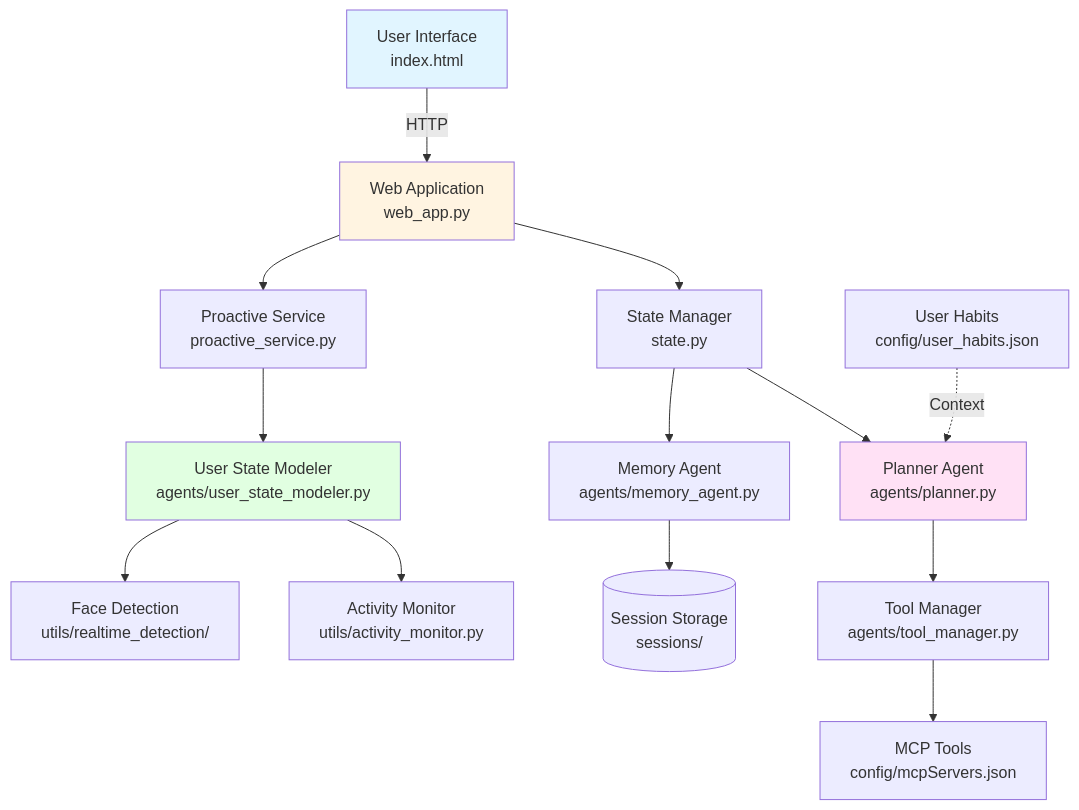
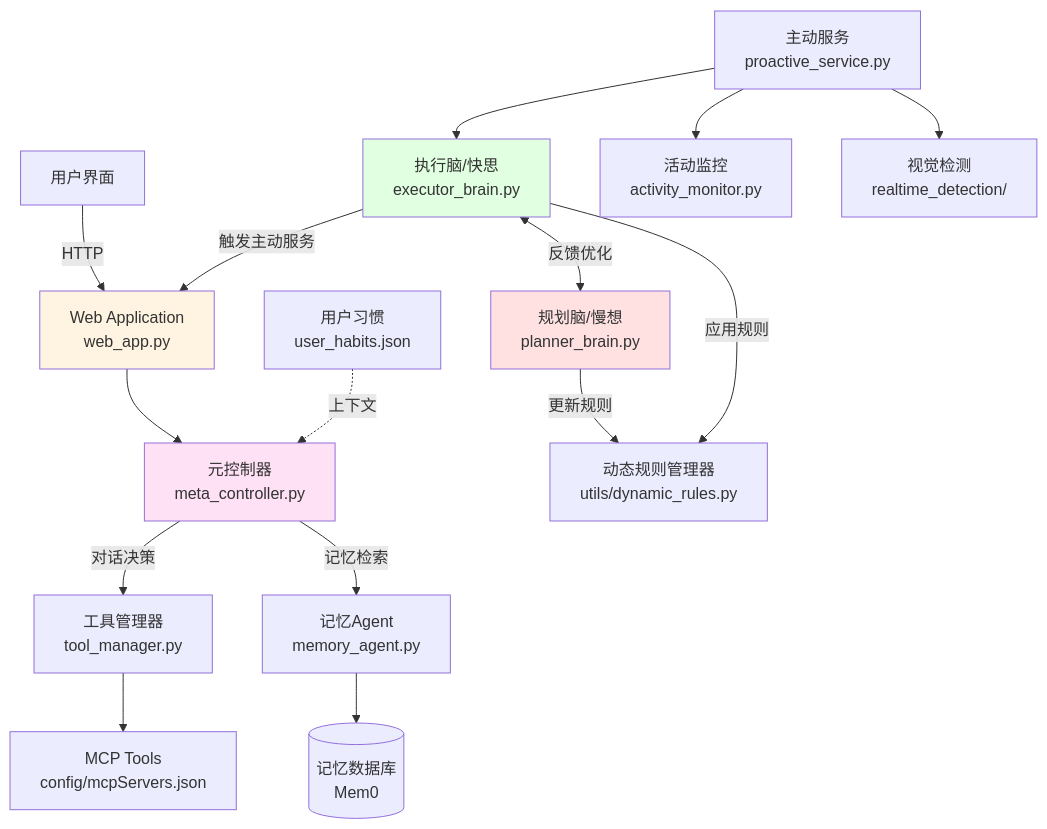
One commit to wangsc18/CogAgent changed the first of 2 diagrams in README.md. Above: the diagram before and after it, drawn with Mermaid. The commit also changed other lines of this file, not shown here.

````diff
--- a/README.md
+++ b/README.md
@@ -51,24 +54,28 @@
 ```mermaid
 graph TB
-    User[User Interface<br/>index.html] -->|HTTP| WebApp[Web Application<br/>web_app.py]
-    WebApp --> StateManager[State Manager<br/>state.py]
-    WebApp --> ProactiveService[Proactive Service<br/>proactive_service.py]
+    User[用户界面] -->|HTTP| WebApp[Web Application<br/>web_app.py]
+    WebApp --> MetaController[元控制器<br/>meta_controller.py]
 
-    StateManager --> Planner[Planner Agent<br/>agents/planner.py]
-    Planner --> ToolManager[Tool Manager<br/>agents/tool_manager.py]
+    MetaController --> |对话决策| ToolManager[工具管理器<br/>tool_manager.py]
     ToolManager --> MCP[MCP Tools<br/>config/mcpServers.json]
 
-    ProactiveService --> StateModeler[User State Modeler<br/>agents/user_state_modeler.py]
-    StateModeler --> ActivityMonitor[Activity Monitor<br/>utils/activity_monitor.py]
-    StateModeler --> FaceDetection[Face Detection<br/>utils/realtime_detection/]
+    MetaController --> |记忆检索| Memory[记忆Agent<br/>memory_agent.py]
+    Memory --> MemDB[(记忆数据库<br/>Mem0)]
 
-    StateManager --> Memory[Memory Agent<br/>agents/memory_agent.py]
-    Memory --> Sessions[(Session Storage<br/>sessions/)]
+    ProactiveService[主动服务<br/>proactive_service.py] --> ExecutorBrain[执行脑/快思<br/>executor_brain.py]
+    ExecutorBrain --> |触发主动服务| WebApp
 
-    UserHabits[User Habits<br/>config/user_habits.json] -.->|Context| Planner
+    ExecutorBrain <--> |反馈优化| PlannerBrain[规划脑/慢想<br/>planner_brain.py]
+    PlannerBrain --> |更新规则| DynamicRules[动态规则管理器<br/>utils/dynamic_rules.py]
+    ExecutorBrain --> |应用规则| DynamicRules
 
-    style User fill:#e1f5ff
+    ProactiveService --> ActivityMonitor[活动监控<br/>activity_monitor.py]
+    ProactiveService --> FaceDetection[视觉检测<br/>realtime_detection/]
+
+    UserHabits[用户习惯<br/>user_habits.json] -.->|上下文| MetaController
+
+    style ExecutorBrain fill:#e1ffe1
+    style PlannerBrain fill:#ffe1e1
+    style MetaController fill:#ffe1f5
     style WebApp fill:#fff4e1
-    style Planner fill:#ffe1f5
-    style StateModeler fill:#e1ffe1
 ```
````
